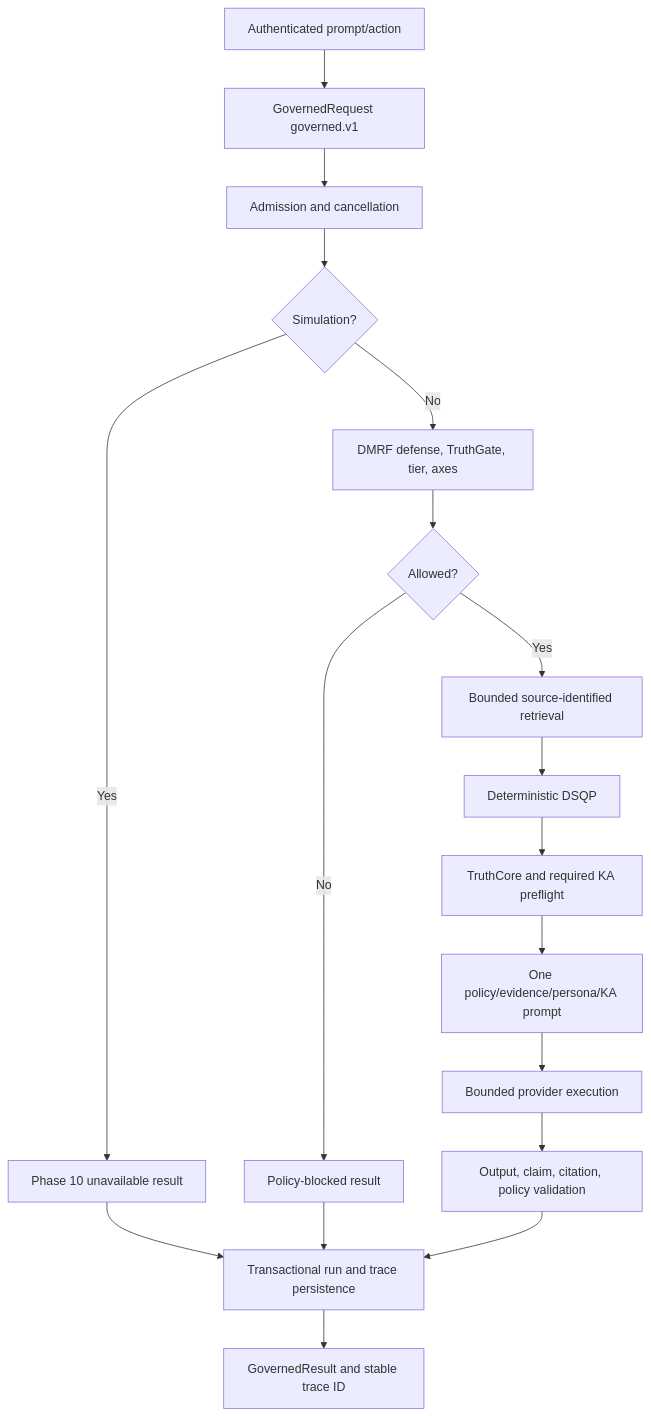
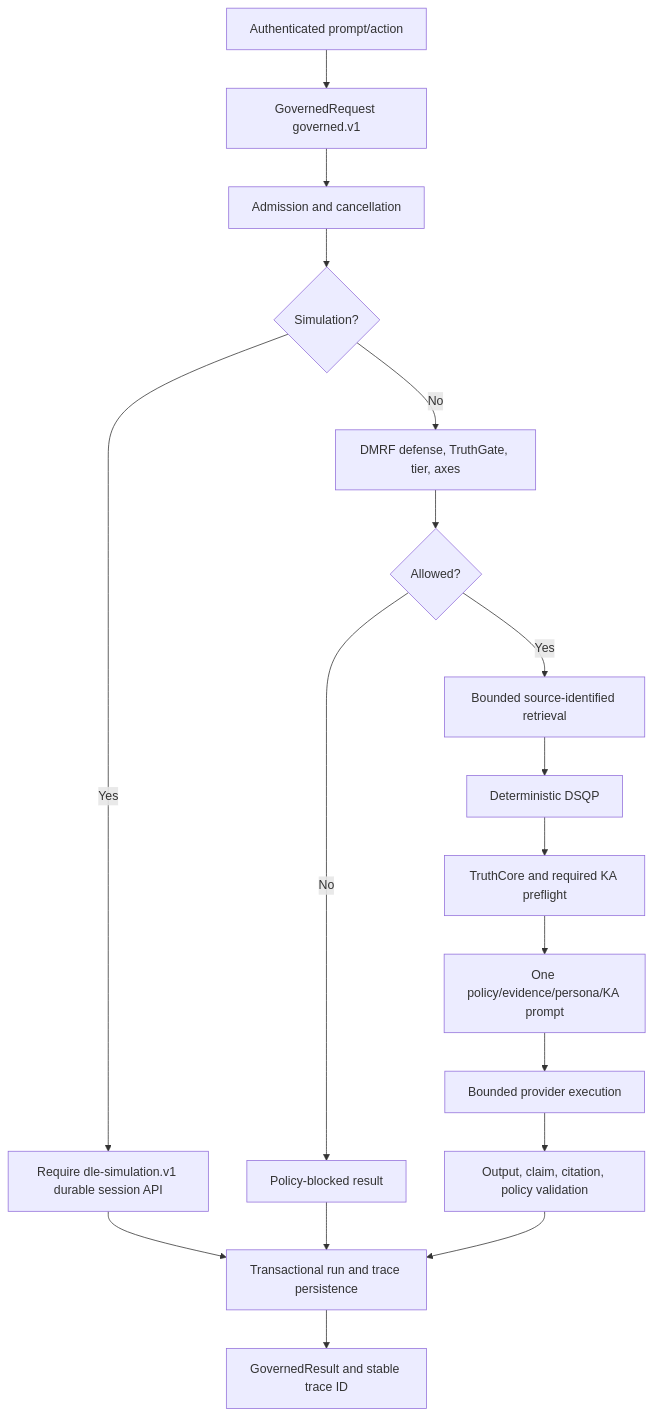
One commit to kherrera6219/DataLogicEngine changed the second of 12 diagrams in docs/DATA_FLOW_DIAGRAMS.md. Above: the diagram before and after it, drawn with Mermaid. The commit also changed other lines of this file and 66 other files, not shown here.

Commit message:
Complete Phase 10 durable simulation workflow

````diff
--- a/docs/DATA_FLOW_DIAGRAMS.md
+++ b/docs/DATA_FLOW_DIAGRAMS.md
@@ -84,20 +84,20 @@
 ```mermaid
 flowchart TD
     A[Authenticated prompt/action] --> B[GovernedRequest governed.v1]
     B --> C[Admission and cancellation]
     C --> D{Simulation?}
-    D -- Yes --> X[Phase 10 unavailable result]
+    D -- Yes --> X[Require dle-simulation.v1 durable session API]
     D -- No --> E[DMRF defense, TruthGate, tier, axes]
     E --> F{Allowed?}
     F -- No --> Y[Policy-blocked result]
     F -- Yes --> G[Bounded source-identified retrieval]
     G --> H[Deterministic DSQP]
     H --> I[TruthCore and required KA preflight]
     I --> J[One policy/evidence/persona/KA prompt]
     J --> K[Bounded provider execution]
     K --> L[Output, claim, citation, policy validation]
     L --> M[Transactional run and trace persistence]
     X --> M
     Y --> M
     M --> N[GovernedResult and stable trace ID]
 ```
````
